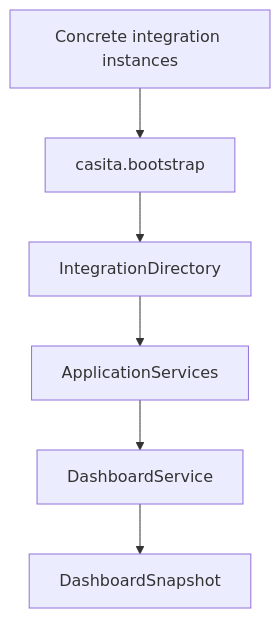
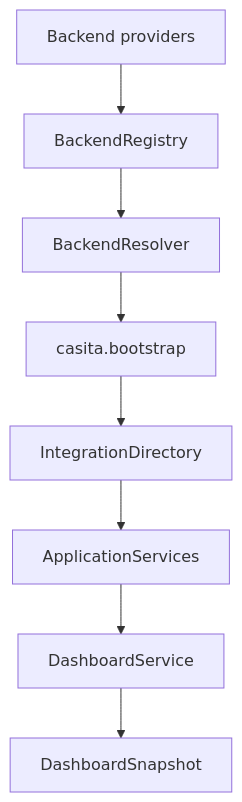
Before and after one commit to moderstar/Nuestra-Casita: the diagram in docs/COMPOSITION_ROOT.md, drawn with Mermaid. The commit also changed other lines of this file and 5 other files, not shown here.

Commit message:
Introduce backend plugin registry

````diff
--- a/docs/COMPOSITION_ROOT.md
+++ b/docs/COMPOSITION_ROOT.md
@@ -15,8 +15,10 @@
 ```mermaid
 flowchart TB
-    Adapters["Concrete integration instances"] --> Bootstrap["casita.bootstrap"]
+    Providers["Backend providers"] --> Registry["BackendRegistry"]
+    Registry --> Resolver["BackendResolver"]
+    Resolver --> Bootstrap["casita.bootstrap"]
     Bootstrap --> Directory["IntegrationDirectory"]
     Directory --> Services["ApplicationServices"]
     Services --> Dashboard["DashboardService"]
     Dashboard --> Snapshot["DashboardSnapshot"]
 ```
````
